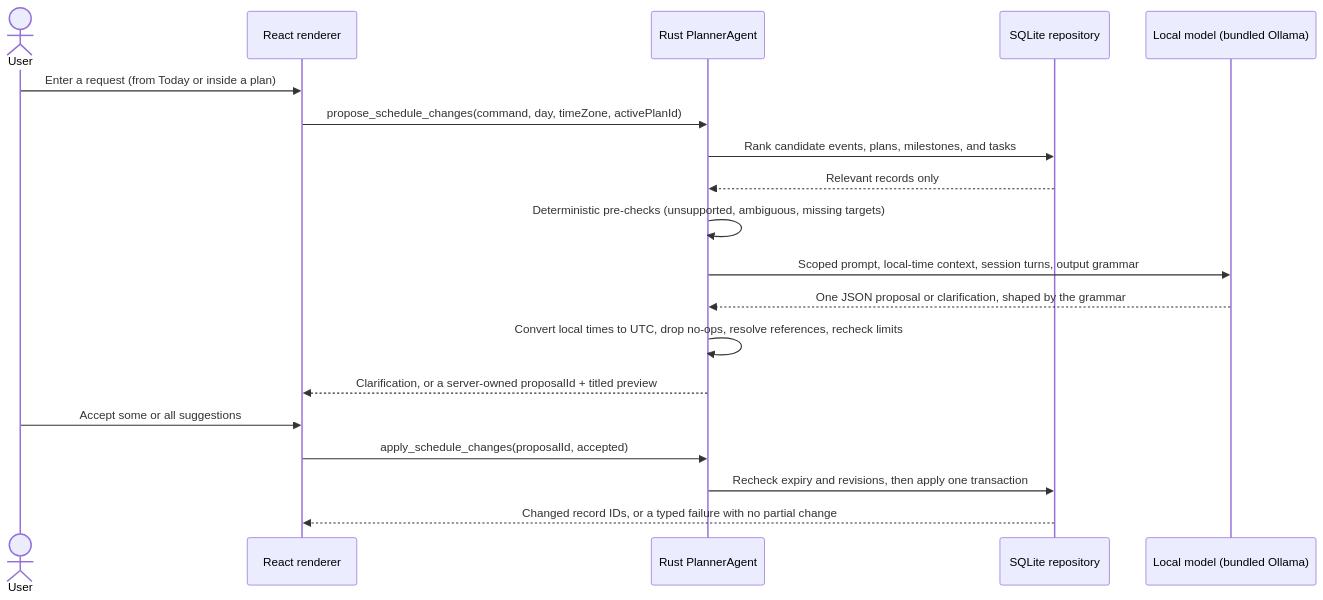
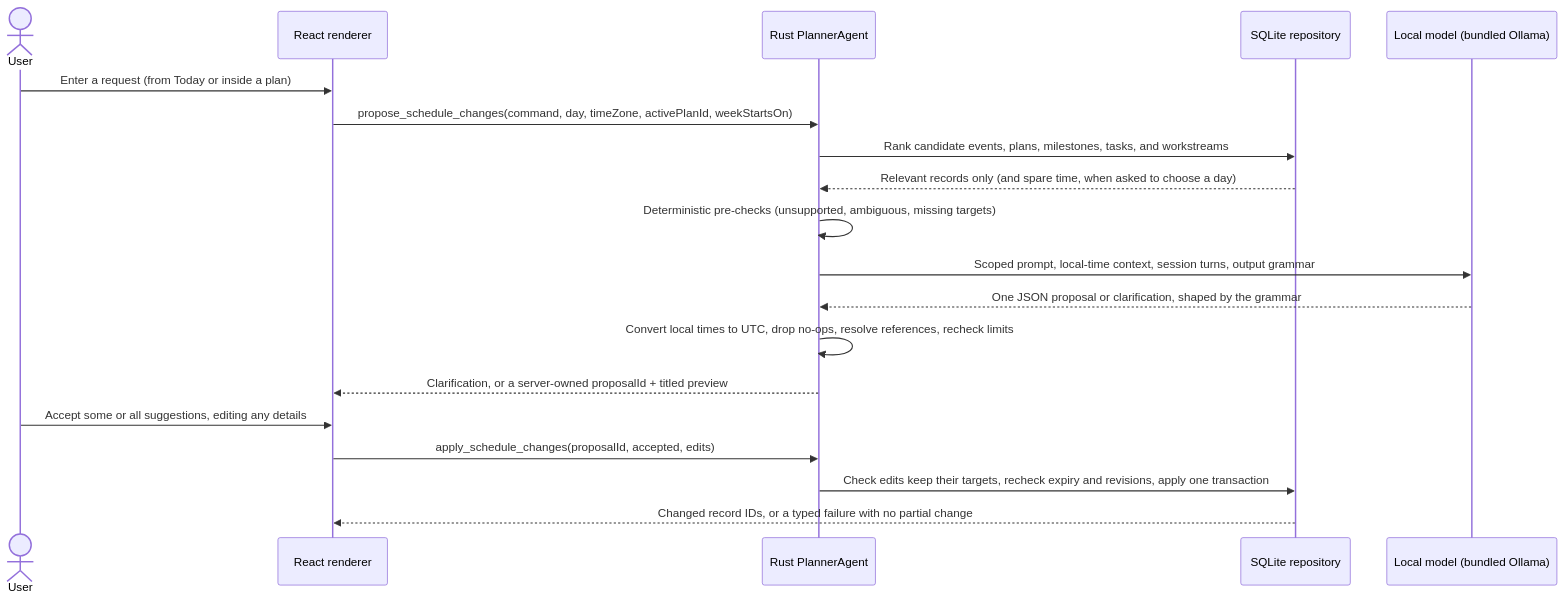
The diagram in docs/ai.md (Von-Van/DelvePlanner), drawn with Mermaid before and after one commit. The commit also changed other lines of this file and 91 other files, not shown here.

````diff
--- a/docs/ai.md
+++ b/docs/ai.md
@@ -46,22 +49,22 @@
 ```mermaid
 sequenceDiagram
   actor User
   participant UI as React renderer
   participant Agent as Rust PlannerAgent
   participant DB as SQLite repository
   participant LLM as Local model (bundled Ollama)
 
   User->>UI: Enter a request (from Today or inside a plan)
-  UI->>Agent: propose_schedule_changes(command, day, timeZone, activePlanId)
-  Agent->>DB: Rank candidate events, plans, milestones, and tasks
-  DB-->>Agent: Relevant records only
+  UI->>Agent: propose_schedule_changes(command, day, timeZone, activePlanId, weekStartsOn)
+  Agent->>DB: Rank candidate events, plans, milestones, tasks, and workstreams
+  DB-->>Agent: Relevant records only (and spare time, when asked to choose a day)
   Agent->>Agent: Deterministic pre-checks (unsupported, ambiguous, missing targets)
   Agent->>LLM: Scoped prompt, local-time context, session turns, output grammar
   LLM-->>Agent: One JSON proposal or clarification, shaped by the grammar
   Agent->>Agent: Convert local times to UTC, drop no-ops, resolve references, recheck limits
   Agent-->>UI: Clarification, or a server-owned proposalId + titled preview
-  User->>UI: Accept some or all suggestions
-  UI->>Agent: apply_schedule_changes(proposalId, accepted)
-  Agent->>DB: Recheck expiry and revisions, then apply one transaction
+  User->>UI: Accept some or all suggestions, editing any details
+  UI->>Agent: apply_schedule_changes(proposalId, accepted, edits)
+  Agent->>DB: Check edits keep their targets, recheck expiry and revisions, apply one transaction
   DB-->>UI: Changed record IDs, or a typed failure with no partial change
 ```
````
